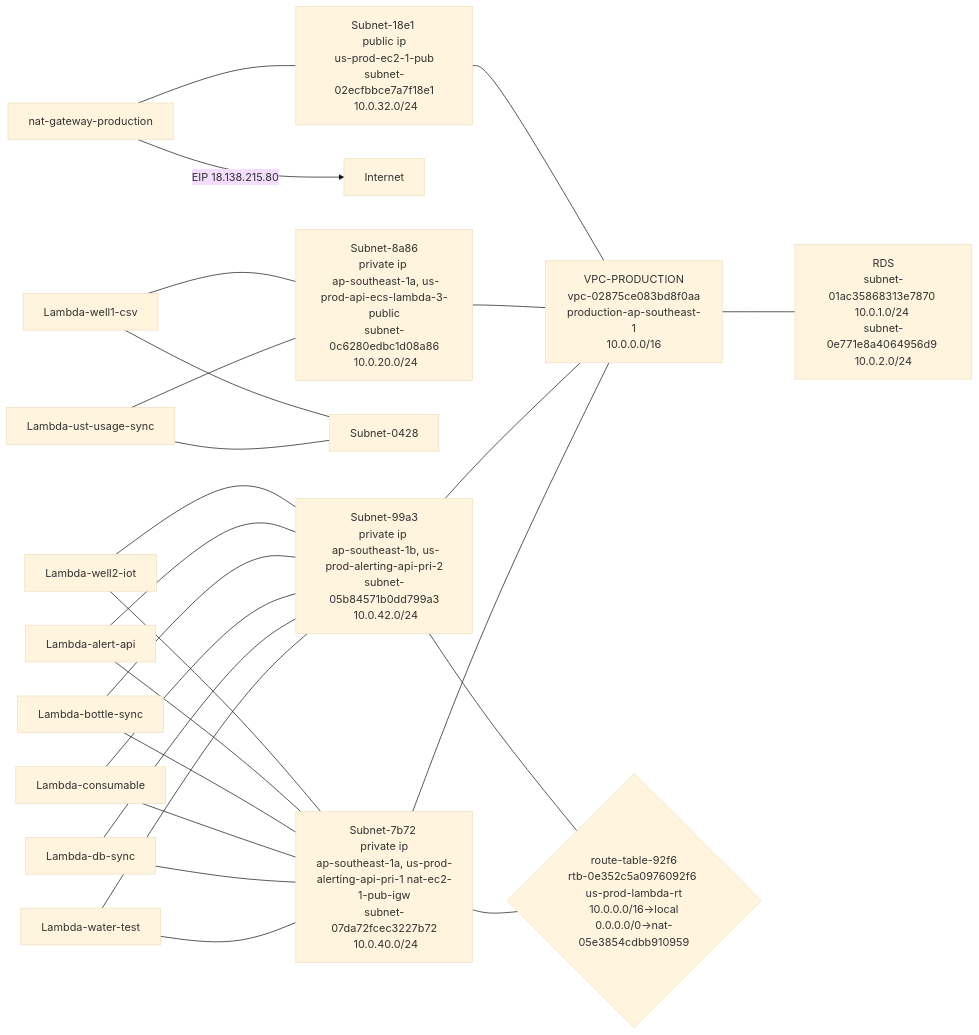
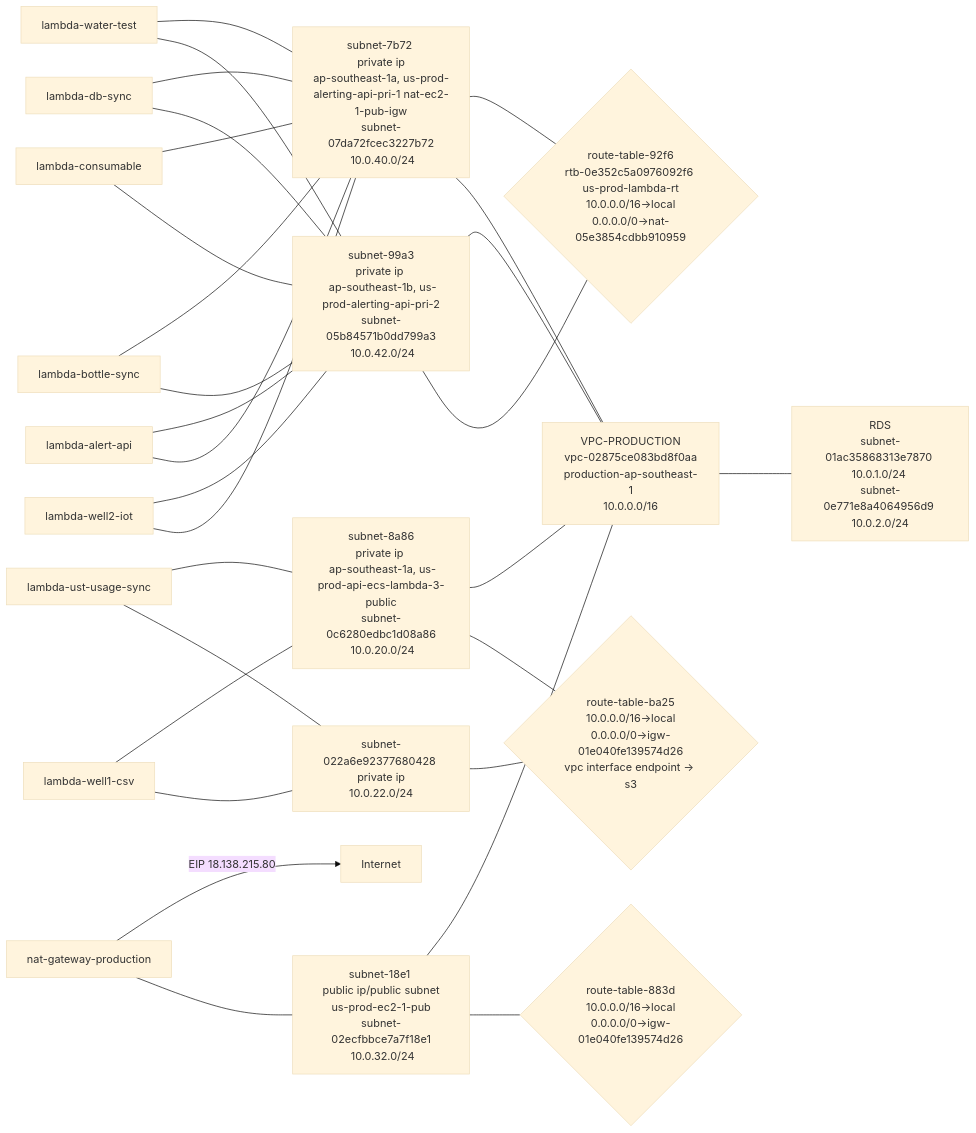
The second of 2 diagrams in tils/VPC connection.md (dumplingbao/marvinwu), drawn with Mermaid (base theme) before and after one commit. The commit also changed other lines of this file and 3 other files, not shown here.

````diff
--- a/tils/VPC connection.md
+++ b/tils/VPC connection.md
@@ -53,43 +70,59 @@
 ```mermaid
 flowchart LR
 
-	Subnet-18e1[Subnet-18e1 <br/>public ip<br/>us-prod-ec2-1-pub<br/>subnet-02ecfbbce7a7f18e1<br/> 10.0.32.0/24]---us-prod-vpc 
-	
-	
-nat-gateway-production---Subnet-18e1
+us-prod-vpc[VPC-PRODUCTION<br/>vpc-02875ce083bd8f0aa<br/>production-ap-southeast-1<br/>10.0.0.0/16] 
 
-nat-gateway-production-->|EIP 18.138.215.80|Internet
+route-table-92f6{route-table-92f6<br/>rtb-0e352c5a0976092f6 us-prod-lambda-rt<br/>10.0.0.0/16->local<br/>0.0.0.0/0->nat-05e3854cdbb910959<br/>}
 
-    us-prod-vpc[VPC-PRODUCTION<br/>vpc-02875ce083bd8f0aa<br/>production-ap-southeast-1<br/>10.0.0.0/16] --- RDS[RDS<br/>subnet-01ac35868313e7870 10.0.1.0/24 <br/>subnet-0e771e8a4064956d9 10.0.2.0/24]
-	
-	
-	Subnet-8a86[Subnet-8a86<br/>private ip <br/> ap-southeast-1a, us-prod-api-ecs-lambda-3-public<br/>subnet-0c6280edbc1d08a86<br/> 10.0.20.0/24]---us-prod-vpc
-	
-	Lambda-well1-csv---Subnet-0428
-	Lambda-well1-csv---Subnet-8a86
-	
-	
-	Lambda-ust-usage-sync---Subnet-0428
-	Lambda-ust-usage-sync---Subnet-8a86
-	
-	Subnet-99a3---route-table-92f6{route-table-92f6<br/>rtb-0e352c5a0976092f6 us-prod-lambda-rt<br/>10.0.0.0/16->local<br/>0.0.0.0/0->nat-05e3854cdbb910959<br/>}
-	
-	Subnet-99a3[Subnet-99a3<br/>private ip <br/> ap-southeast-1b, us-prod-alerting-api-pri-2<br/>subnet-05b84571b0dd799a3<br/> 10.0.42.0/24]---us-prod-vpc
+route-table-883d{route-table-883d<br/>10.0.0.0/16->local<br/>0.0.0.0/0->igw-01e040fe139574d26}
 
 
-	Subnet-7b72[Subnet-7b72 <br/>private ip<br/>ap-southeast-1a, us-prod-alerting-api-pri-1 nat-ec2-1-pub-igw<br/>subnet-07da72fcec3227b72<br/> 10.0.40.0/24]---us-prod-vpc 
-	Subnet-7b72---route-table-92f6
+route-table-ba25{route-table-ba25<br/>10.0.0.0/16->local<br/>0.0.0.0/0->igw-01e040fe139574d26<br/>vpc interface endpoint -> s3}
 
-	Lambda-well2-iot --- Subnet-7b72	
-	Lambda-well2-iot --- Subnet-99a3	
-	Lambda-alert-api --- Subnet-7b72	
-	Lambda-alert-api--- Subnet-99a3		
-	Lambda-bottle-sync --- Subnet-99a3
-	Lambda-bottle-sync --- Subnet-7b72
-	Lambda-consumable --- Subnet-99a3
-	Lambda-consumable --- Subnet-7b72	
-	Lambda-db-sync --- Subnet-99a3
-	Lambda-db-sync--- Subnet-7b72		
-	Lambda-water-test --- Subnet-99a3
-	Lambda-water-test--- Subnet-7b72		
+
+
+subnet-18e1[subnet-18e1 <br/>public ip/public subnet<br/>us-prod-ec2-1-pub<br/>subnet-02ecfbbce7a7f18e1<br/> 10.0.32.0/24]
+
+RDS[RDS<br/>subnet-01ac35868313e7870 10.0.1.0/24 <br/>subnet-0e771e8a4064956d9 10.0.2.0/24]
+
+subnet-8a86[subnet-8a86<br/>private ip <br/> ap-southeast-1a, us-prod-api-ecs-lambda-3-public<br/>subnet-0c6280edbc1d08a86<br/> 10.0.20.0/24]
+
+subnet-99a3[subnet-99a3<br/>private ip <br/> ap-southeast-1b, us-prod-alerting-api-pri-2<br/>subnet-05b84571b0dd799a3<br/> 10.0.42.0/24]
+
+subnet-7b72[subnet-7b72 <br/>private ip<br/>ap-southeast-1a, us-prod-alerting-api-pri-1 nat-ec2-1-pub-igw<br/>subnet-07da72fcec3227b72<br/> 10.0.40.0/24]
+
+
+subnet-0428[subnet-022a6e92377680428 <br/>private ip<br/>10.0.22.0/24 ]
+
+subnet-0428---route-table-ba25
+subnet-8a86---route-table-ba25
+
+subnet-18e1---route-table-883d
+us-prod-vpc---RDS
+subnet-18e1---us-prod-vpc 
+nat-gateway-production---subnet-18e1
+nat-gateway-production-->|EIP 18.138.215.80|Internet
+subnet-8a86---us-prod-vpc
+subnet-99a3---route-table-92f6
+subnet-99a3---us-prod-vpc
+subnet-7b72---us-prod-vpc 
+subnet-7b72---route-table-92f6
+
+lambda-well1-csv---subnet-0428
+lambda-well1-csv---subnet-8a86
+lambda-ust-usage-sync---subnet-0428
+lambda-ust-usage-sync---subnet-8a86
+lambda-well2-iot --- subnet-7b72
+lambda-well2-iot --- subnet-99a3
+
+lambda-alert-api --- subnet-7b72
+lambda-alert-api--- subnet-99a3
+lambda-bottle-sync --- subnet-99a3
+lambda-bottle-sync --- subnet-7b72
+lambda-consumable --- subnet-99a3
+lambda-consumable --- subnet-7b72
+lambda-db-sync --- subnet-99a3
+lambda-db-sync--- subnet-7b72
+lambda-water-test --- subnet-99a3
+lambda-water-test--- subnet-7b72	
 ```
````
